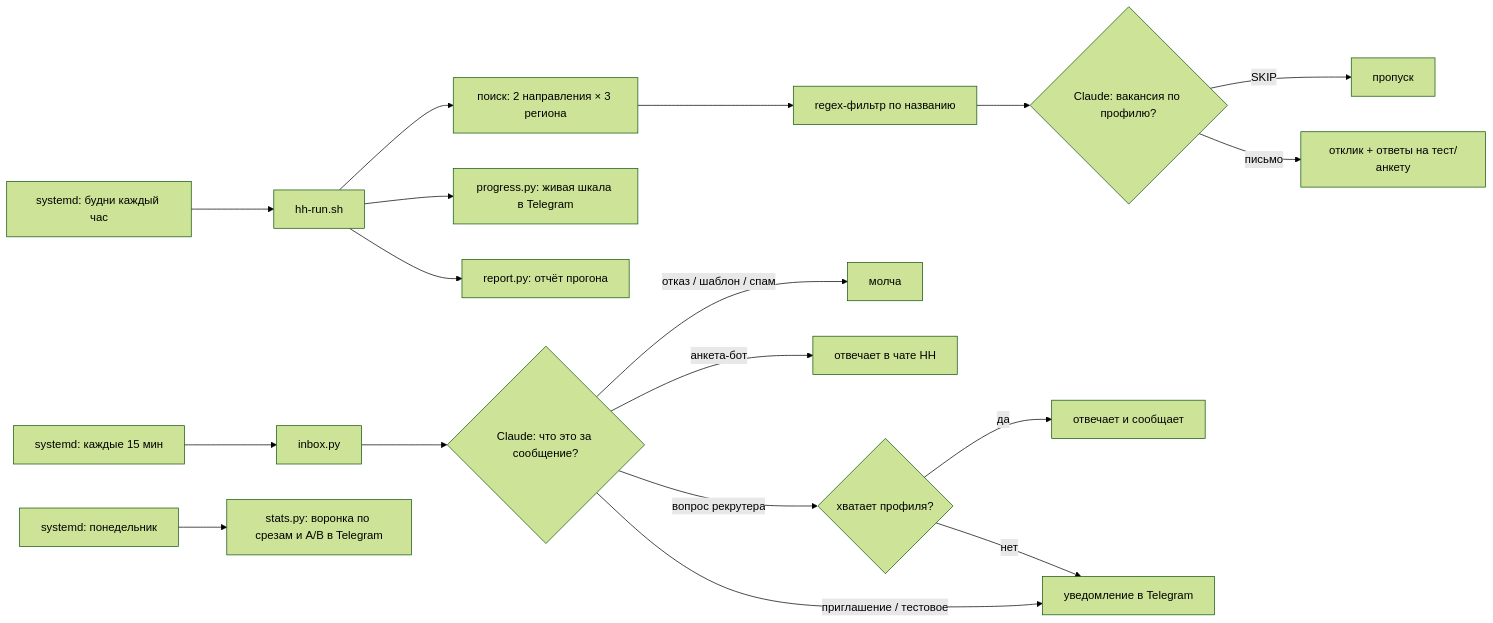
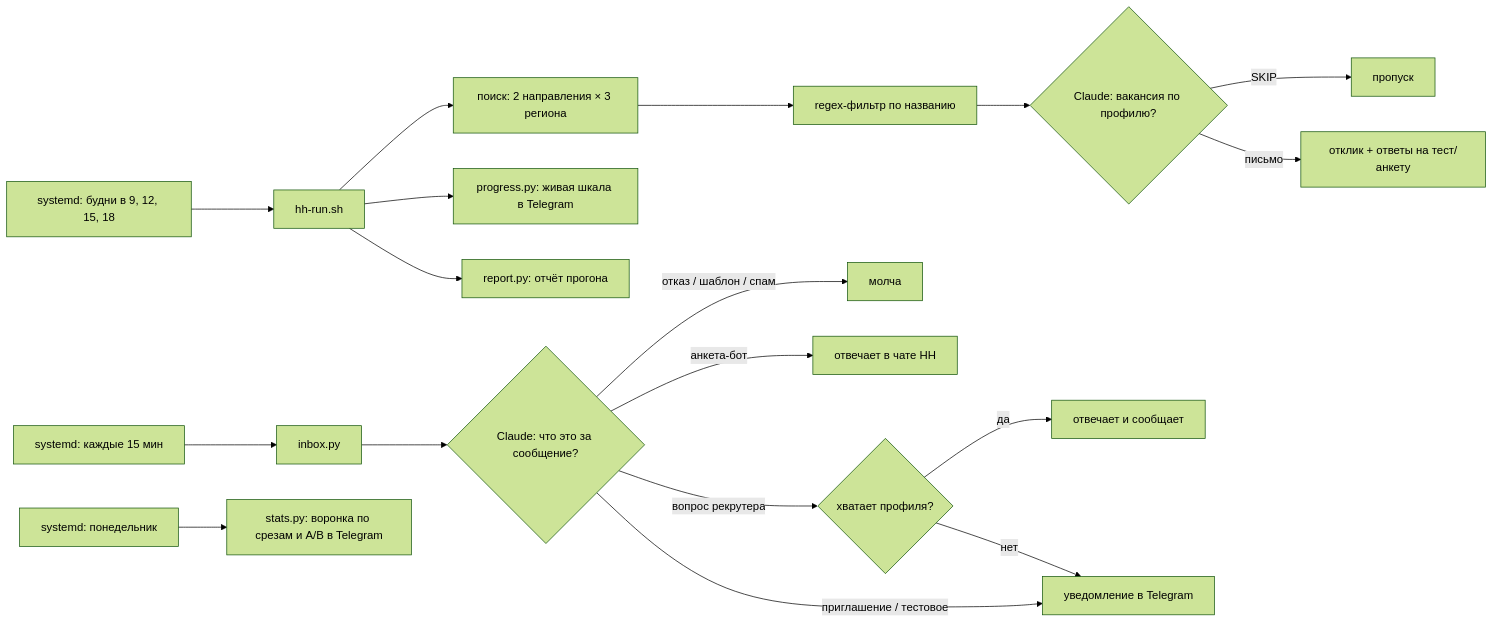
Before and after one commit to GetGoose44/hh-autopilot: the diagram in README.md, drawn with Mermaid (forest theme). The commit also changed other lines of this file and 1 other file, not shown here.

Commit message:
Прогоны 4 раза в будни вместо ежечасных

````diff
--- a/README.md
+++ b/README.md
@@ -37,20 +37,20 @@
 ```mermaid
 flowchart LR
-    T1[systemd: будни каждый час] --> R[hh-run.sh]
+    T1[systemd: будни в 9, 12, 15, 18] --> R[hh-run.sh]
     R --> S[поиск: 2 направления × 3 региона]
     S --> F[regex-фильтр по названию]
     F --> L{Claude: вакансия по профилю?}
     L -- SKIP --> X[пропуск]
     L -- письмо --> A[отклик + ответы на тест/анкету]
     R --> P[progress.py: живая шкала в Telegram]
     R --> REP[report.py: отчёт прогона]
     T2[systemd: каждые 15 мин] --> I[inbox.py]
     I --> C{Claude: что это за сообщение?}
     C -- отказ / шаблон / спам --> Q[молча]
     C -- анкета-бот --> B[отвечает в чате HH]
     C -- вопрос рекрутера --> RR{хватает профиля?}
     RR -- да --> ANS[отвечает и сообщает]
     RR -- нет --> TG[уведомление в Telegram]
     C -- приглашение / тестовое --> TG
     T3[systemd: понедельник] --> ST[stats.py: воронка по срезам и A/B в Telegram]
 ```
````
